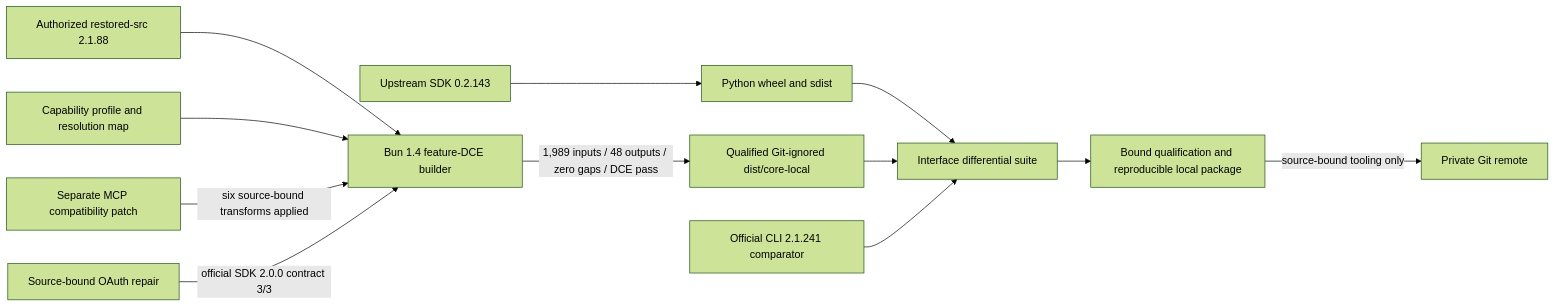
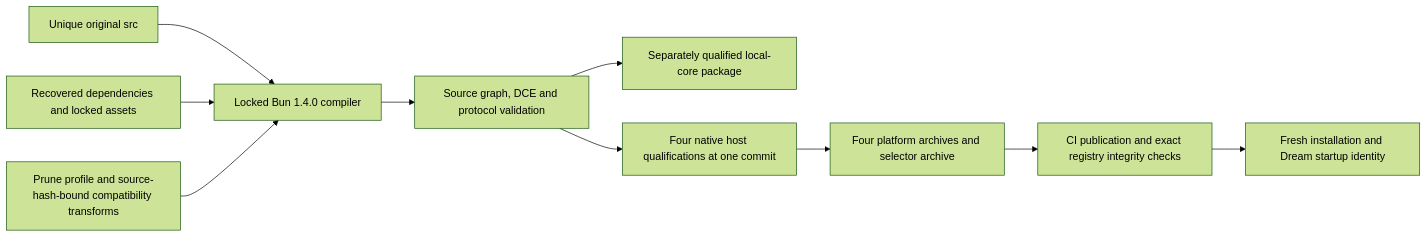
Before and after one commit to glide-the/ink-claude-code-dream: the third of 3 diagrams in docs/design/claude-code-runtime-minimalization.md, drawn with Mermaid (forest theme). The commit also changed other lines of this file and 12 other files, not shown here.

Commit message:
chore: scope docs-only qualification and clarify agent rules (#25)

````diff
--- a/docs/design/claude-code-runtime-minimalization.md
+++ b/docs/design/claude-code-runtime-minimalization.md
@@ -229,14 +220,12 @@
 ```mermaid
 flowchart LR
-    U["Upstream SDK 0.2.143"] --> P["Python wheel and sdist"]
-    S["Authorized restored-src 2.1.88"] --> B["Bun 1.4 feature-DCE builder"]
-    C["Capability profile and resolution map"] --> B
-    B -->|"1,989 inputs / 48 outputs / zero gaps / DCE pass"| L["Qualified Git-ignored dist/core-local"]
-    M["Separate MCP compatibility patch"] -->|"six source-bound transforms applied"| B
-    Q["Source-bound OAuth repair"] -->|"official SDK 2.0.0 contract 3/3"| B
-    P --> T["Interface differential suite"]
-    L --> T
-    O["Official CLI 2.1.241 comparator"] --> T
-    T --> A["Bound qualification and reproducible local package"]
-    A -->|"source-bound tooling only"| G["Private Git remote"]
+    S["Unique original src"] --> B["Locked Bun 1.4.0 compiler"]
+    D["Recovered dependencies and locked assets"] --> B
+    C["Prune profile and source-hash-bound compatibility transforms"] --> B
+    B --> V["Source graph, DCE and protocol validation"]
+    V --> L["Separately qualified local-core package"]
+    V --> N["Four native host qualifications at one commit"]
+    N --> P["Four platform archives and selector archive"]
+    P --> R["CI publication and exact registry integrity checks"]
+    R --> I["Fresh installation and Dream startup identity"]
 ```
````
